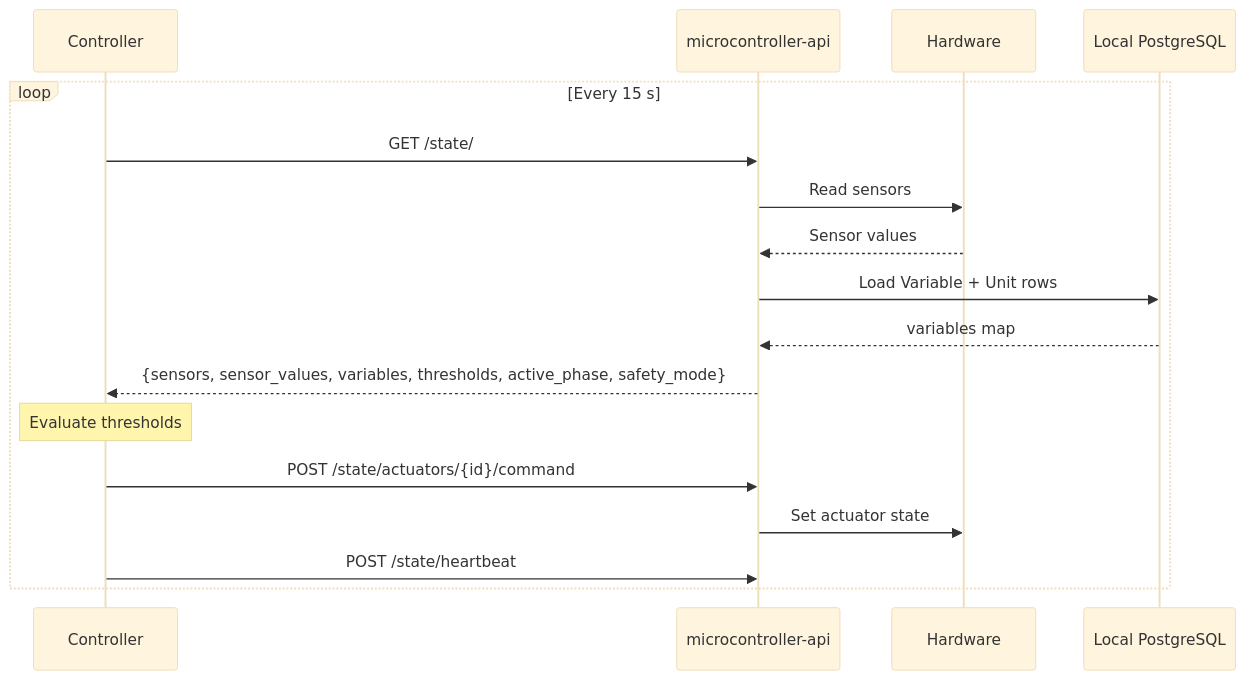
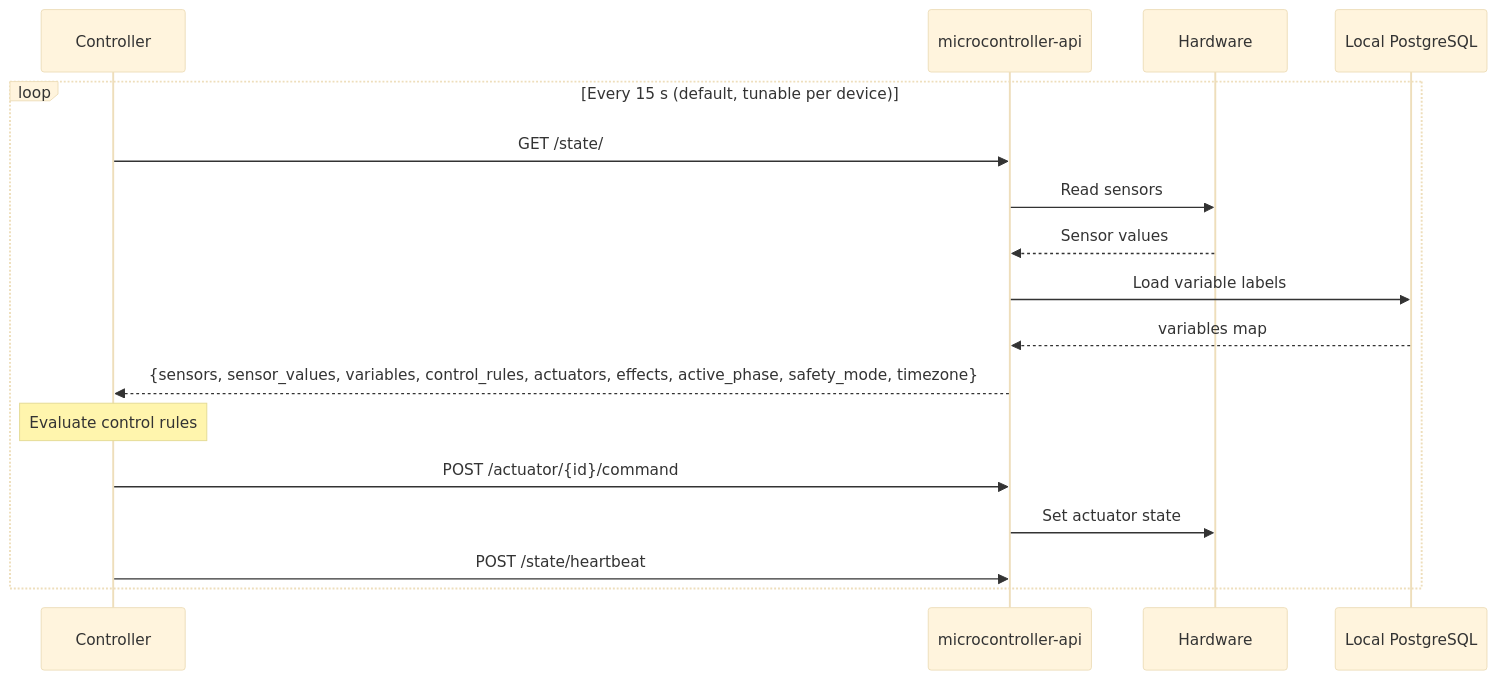
One commit to GreenThumbProject/docs changed the second of 3 diagrams in docs/architecture/overview.md. Above: the diagram before and after it, drawn with Mermaid (base theme). The commit also changed other lines of this file and 36 other files, not shown here.

````diff
--- a/docs/architecture/overview.md
+++ b/docs/architecture/overview.md
@@ -125,23 +134,23 @@
 ```mermaid
 sequenceDiagram
     participant CTRL as Controller
     participant API as microcontroller-api
     participant HW as Hardware
     participant DB as Local PostgreSQL
 
-    loop Every 15 s
+    loop Every 15 s (default, tunable per device)
         CTRL->>API: GET /state/
         API->>HW: Read sensors
         HW-->>API: Sensor values
-        API->>DB: Load Variable + Unit rows
+        API->>DB: Load variable labels
         DB-->>API: variables map
-        API-->>CTRL: {sensors, sensor_values, variables, thresholds, active_phase, safety_mode}
+        API-->>CTRL: {sensors, sensor_values, variables, control_rules, actuators, effects, active_phase, safety_mode, timezone}
 
-        Note over CTRL: Evaluate thresholds
+        Note over CTRL: Evaluate control rules
 
-        CTRL->>API: POST /state/actuators/{id}/command
+        CTRL->>API: POST /actuator/{id}/command
         API->>HW: Set actuator state
 
         CTRL->>API: POST /state/heartbeat
     end
 ```
````
